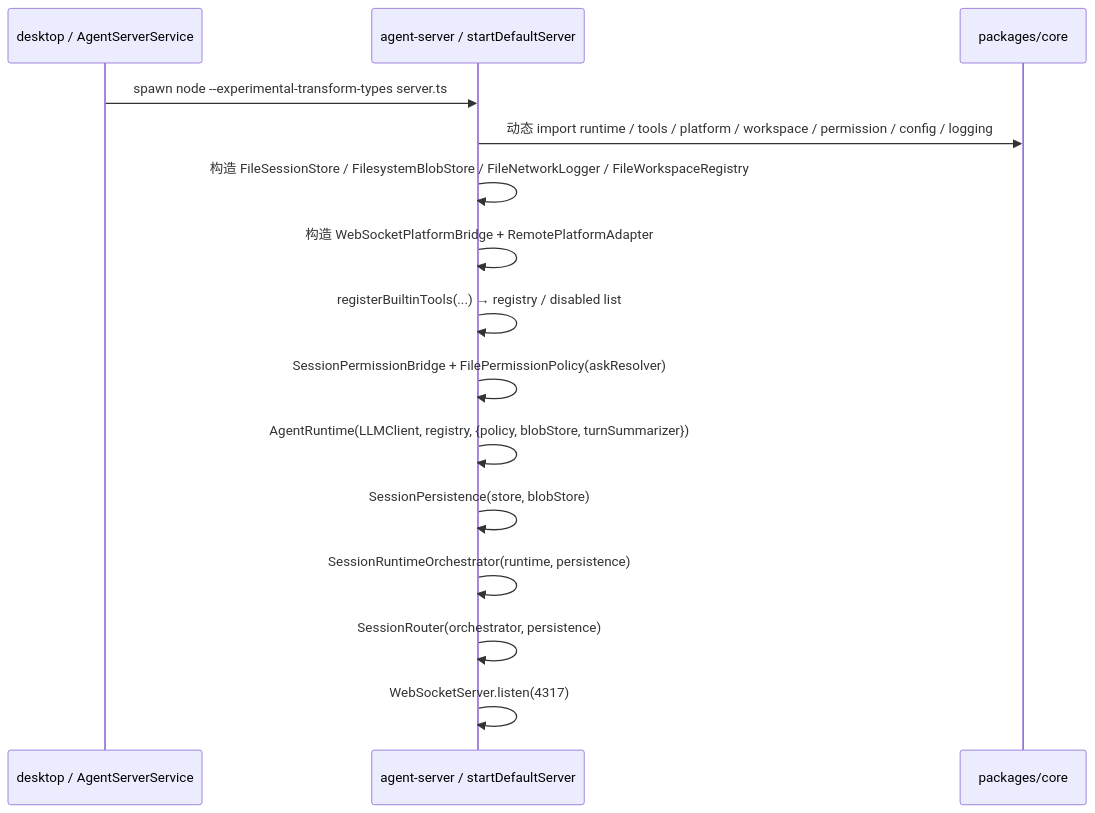
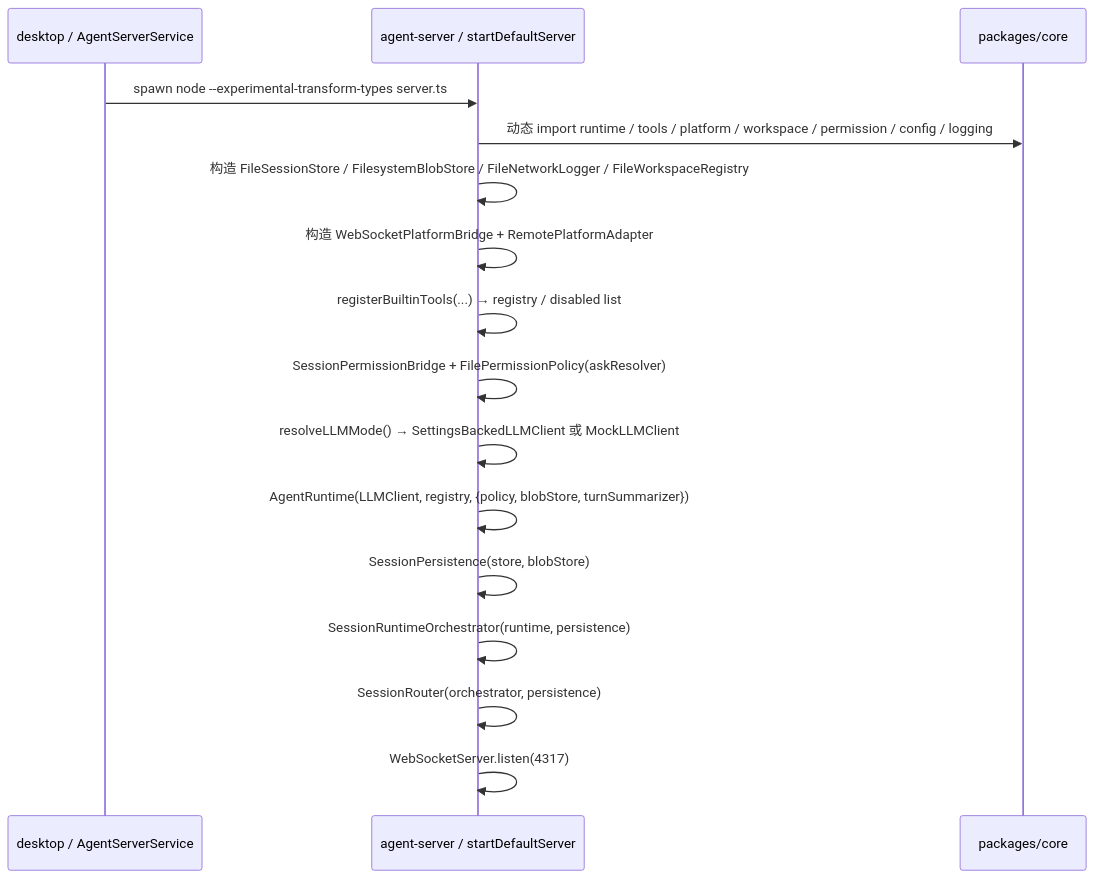
The diagram in apps/agent-server/agent-server.md (Lixuhang987/SpotAgent), drawn with Mermaid before and after one commit. The commit also changed other lines of this file and 13 other files, not shown here.

````diff
--- a/apps/agent-server/agent-server.md
+++ b/apps/agent-server/agent-server.md
@@ -26,18 +26,19 @@
 ```mermaid
 sequenceDiagram
   participant Desktop as desktop / AgentServerService
   participant Server as agent-server / startDefaultServer
   participant Core as packages/core
 
   Desktop->>Server: spawn node --experimental-transform-types server.ts
   Server->>Core: 动态 import runtime / tools / platform / workspace / permission / config / logging
   Server->>Server: 构造 FileSessionStore / FilesystemBlobStore / FileNetworkLogger / FileWorkspaceRegistry
   Server->>Server: 构造 WebSocketPlatformBridge + RemotePlatformAdapter
   Server->>Server: registerBuiltinTools(...) → registry / disabled list
   Server->>Server: SessionPermissionBridge + FilePermissionPolicy(askResolver)
+  Server->>Server: resolveLLMMode() → SettingsBackedLLMClient 或 MockLLMClient
   Server->>Server: AgentRuntime(LLMClient, registry, {policy, blobStore, turnSummarizer})
   Server->>Server: SessionPersistence(store, blobStore)
   Server->>Server: SessionRuntimeOrchestrator(runtime, persistence)
   Server->>Server: SessionRouter(orchestrator, persistence)
   Server->>Server: WebSocketServer.listen(4317)
 ```
````
